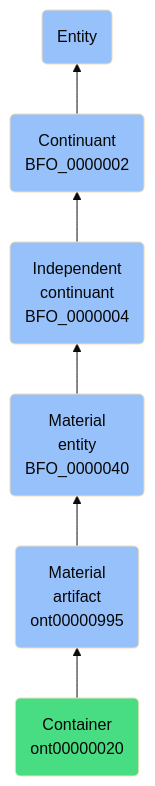
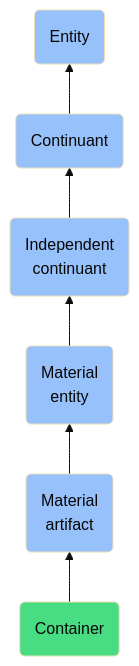
Before and after one commit to jupyter-naas/abi: the diagram in docs/ontology/reference/model/Entity/Continuant/Independent continuant/Material entity/Material artifact/Container/Container.md, drawn with Mermaid (base theme). The commit also changed other lines of this file and 1430 other files, not shown here.

````diff
--- a/docs/ontology/reference/model/Entity/Continuant/Independent continuant/Material entity/Material artifact/Container/Container.md
+++ b/docs/ontology/reference/model/Entity/Continuant/Independent continuant/Material entity/Material artifact/Container/Container.md
@@ -24,13 +24,13 @@
 ```mermaid
 graph BT
-    ont00000020(Container<br>ont00000020):::ABI-->ont00000995
-    ont00000995(Material<br>artifact<br>ont00000995):::BFO-->BFO_0000040
-    BFO_0000040(Material<br>entity<br>BFO_0000040):::BFO-->BFO_0000004
-    BFO_0000004(Independent<br>continuant<br>BFO_0000004):::BFO-->BFO_0000002
-    BFO_0000002(Continuant<br>BFO_0000002):::BFO-->BFO_0000001
+    ont00000020(Container):::ABI-->ont00000995
+    ont00000995(Material<br>artifact):::BFO-->BFO_0000040
+    BFO_0000040(Material<br>entity):::BFO-->BFO_0000004
+    BFO_0000004(Independent<br>continuant):::BFO-->BFO_0000002
+    BFO_0000002(Continuant):::BFO-->BFO_0000001
     BFO_0000001(Entity):::BFO
     
     classDef BFO fill:#97c1fb,color:#060606
     classDef CCO fill:#e4c51e,color:#060606
     classDef ABI fill:#48DD82,color:#060606
 ```
````
